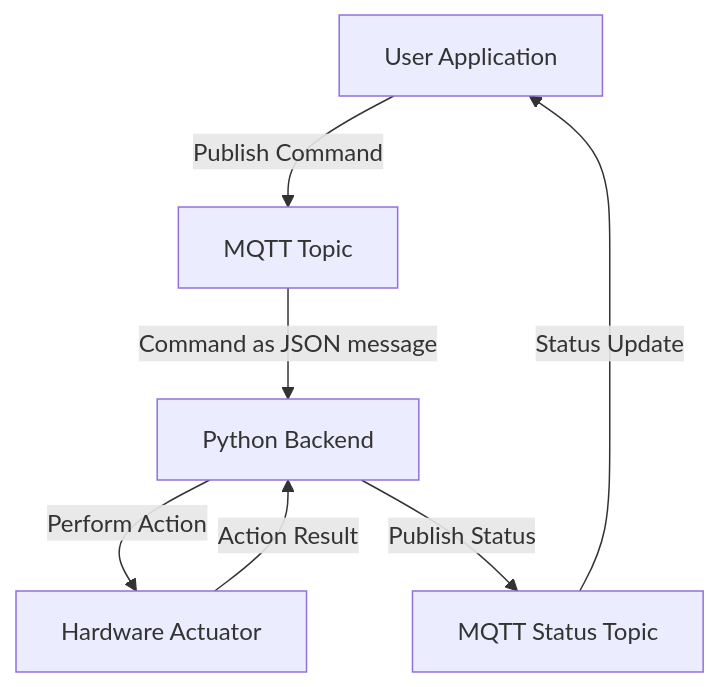
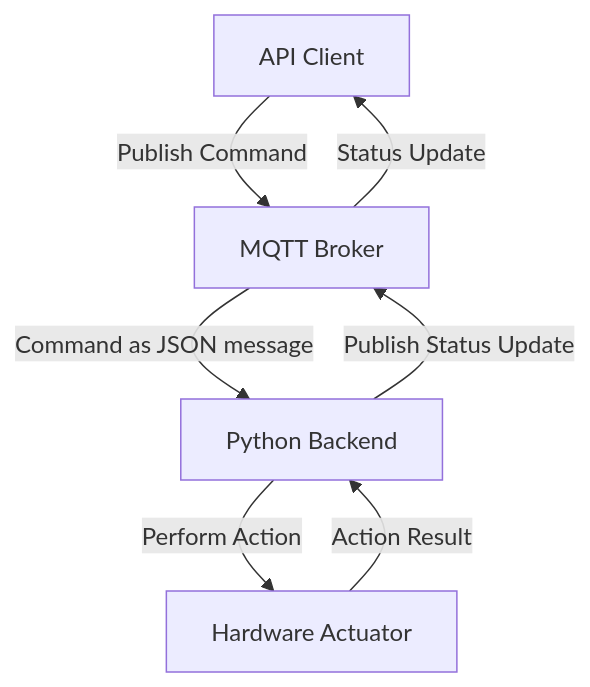
One commit to PlanktoScope/PlanktoScope changed the diagram in documentation/docs/reference/software/interfaces/mqtt.md. Above: the diagram before and after it, drawn with Mermaid. The commit also changed other lines of this file, not shown here.

````diff
--- a/documentation/docs/reference/software/interfaces/mqtt.md
+++ b/documentation/docs/reference/software/interfaces/mqtt.md
@@ -6,9 +6,10 @@
 ```mermaid
 flowchart TD
-    User[User Application] -->|Publish Command| Topic[MQTT Topic]
-    Topic -->|Command as JSON message| System[Python Backend]
-    System -->|Perform Action| Actuator[Hardware Actuator]
-    Actuator -->|Action Result| System
-    System -->|Publish Status| StatusTopic[MQTT Status Topic]
-    StatusTopic -->|Status Update| User
+    API[API Client] -->|Publish Command| Broker[MQTT Broker]
+    Broker -->|Command as JSON message| Backend[Python Backend]
+    Backend -->|Perform Action| Actuator[Hardware Actuator]
+    Actuator -->|Action Result| Backend
+    Backend -->|Publish Status Update| Broker[MQTT Broker]
+    Broker -->|Status Update| API
+
 ```
````
